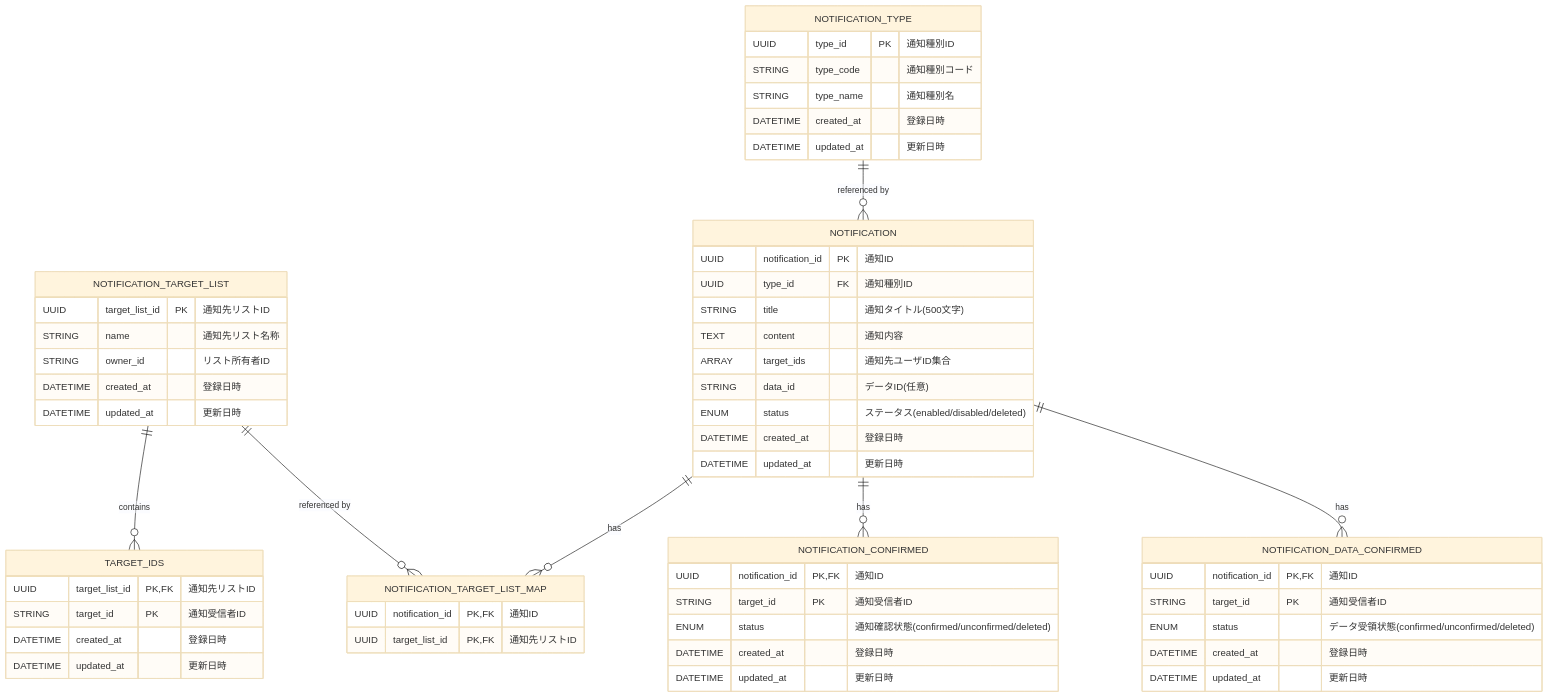
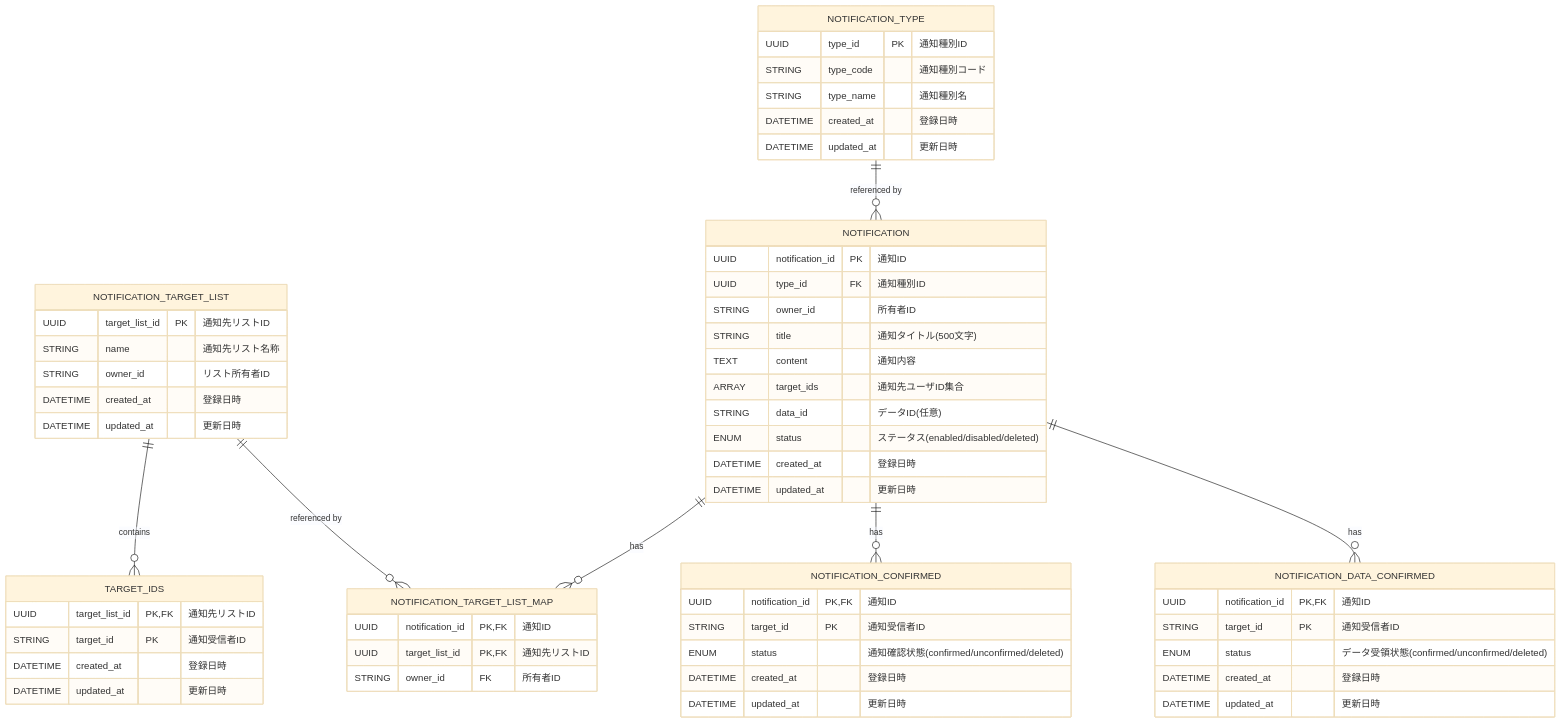
The sixth of 6 diagrams in docs/basic_design.md (open-dataspaces/CF-Notifier), drawn with Mermaid (base theme) before and after one commit. The commit also changed other lines of this file and 12 other files, not shown here.

````diff
--- a/docs/basic_design.md
+++ b/docs/basic_design.md
@@ -510,66 +531,68 @@
 ```mermaid
 erDiagram
   NOTIFICATION_TARGET_LIST {
     UUID target_list_id PK "通知先リストID"
     STRING name "通知先リスト名称"
     STRING owner_id "リスト所有者ID"
     DATETIME created_at "登録日時"
     DATETIME updated_at "更新日時"
   }
 
   TARGET_IDS {
     UUID target_list_id PK,FK "通知先リストID"
     STRING target_id PK "通知受信者ID"
     DATETIME created_at "登録日時"
     DATETIME updated_at "更新日時"
   }
 
   NOTIFICATION {
     UUID notification_id PK "通知ID"
     UUID type_id FK "通知種別ID"
+    STRING owner_id "所有者ID"
     STRING title "通知タイトル(500文字)"
     TEXT content "通知内容"
     ARRAY target_ids "通知先ユーザID集合"
     STRING data_id "データID(任意)"
     ENUM status "ステータス(enabled/disabled/deleted)"
     DATETIME created_at "登録日時"
     DATETIME updated_at "更新日時"
   }
 
   NOTIFICATION_TARGET_LIST_MAP {
     UUID notification_id PK,FK "通知ID"
     UUID target_list_id PK,FK "通知先リストID"
+    STRING owner_id FK "所有者ID"
   }
 
   NOTIFICATION_TYPE {
     UUID type_id PK "通知種別ID"
     STRING type_code "通知種別コード"
     STRING type_name "通知種別名"
     DATETIME created_at "登録日時"
     DATETIME updated_at "更新日時"
   }
 
   NOTIFICATION_CONFIRMED {
     UUID notification_id PK,FK "通知ID"
     STRING target_id PK "通知受信者ID"
     ENUM status "通知確認状態(confirmed/unconfirmed/deleted)"
     DATETIME created_at "登録日時"
     DATETIME updated_at "更新日時"
   }
 
   NOTIFICATION_DATA_CONFIRMED {
     UUID notification_id PK,FK "通知ID"
     STRING target_id PK "通知受信者ID"
     ENUM status "データ受領状態(confirmed/unconfirmed/deleted)"
     DATETIME created_at "登録日時"
     DATETIME updated_at "更新日時"
   }
 
   NOTIFICATION_TARGET_LIST ||--o{ TARGET_IDS : "contains"
   NOTIFICATION_TARGET_LIST ||--o{ NOTIFICATION_TARGET_LIST_MAP : "referenced by"
   NOTIFICATION ||--o{ NOTIFICATION_TARGET_LIST_MAP : "has"
   NOTIFICATION_TYPE ||--o{ NOTIFICATION : "referenced by"
   NOTIFICATION ||--o{ NOTIFICATION_CONFIRMED : "has"
   NOTIFICATION ||--o{ NOTIFICATION_DATA_CONFIRMED : "has"
 
 ```
````
